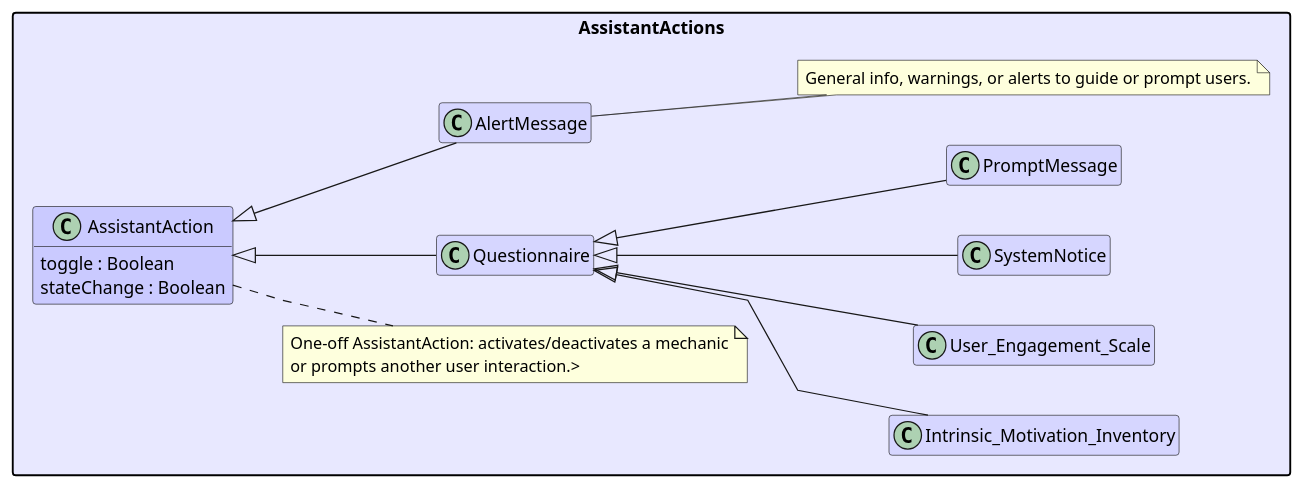
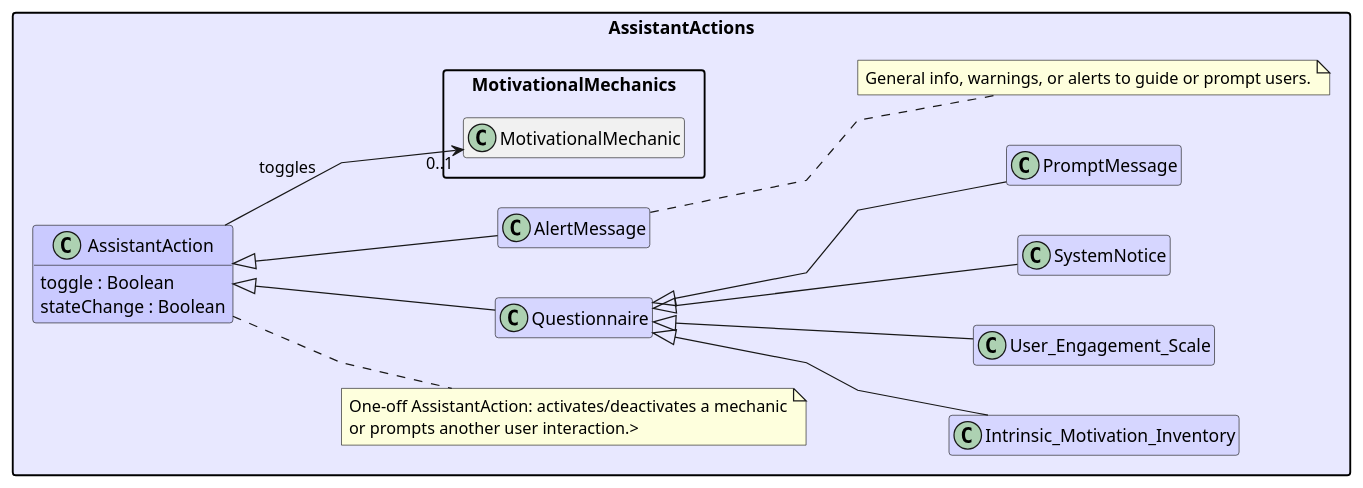
The diagram in UML/assistantActions.puml (Maks-stack/ontology), drawn with PlantUML before and after one commit. The commit also changed 7 other files, not shown here.

```diff
--- a/UML/assistantActions.puml
+++ b/UML/assistantActions.puml
@@ -1,37 +1,37 @@
 @startuml
 skinparam linetype polyline
 hide empty methods
 hide empty attributes
 hide empty members
 left to right direction
 skinparam nodesep 40
 skinparam ranksep 40
 skinparam packageStyle rectangle
 
 package AssistantActions #e8e8ff {
   class AssistantAction #cacaff {
     toggle : Boolean
     stateChange : Boolean
   }
   note right of AssistantAction
     One-off AssistantAction: activates/deactivates a mechanic
     or prompts another user interaction.>
   end note
 
   class Questionnaire #d6d6ff extends AssistantAction
   class AlertMessage #d6d6ff extends AssistantAction
   note right of AlertMessage
     General info, warnings, or alerts to guide or prompt users.
   end note
 
   class Intrinsic_Motivation_Inventory #d6d6ff extends Questionnaire
   class User_Engagement_Scale #d6d6ff extends Questionnaire
   class SystemNotice #d6d6ff extends Questionnaire
   class PromptMessage #d6d6ff extends Questionnaire
   ' !if ($renderMode == "master")
   
   ' !else
-  ' AssistantActions.AssistantAction --> "0..1" MotivationalMechanics.MotivationalMechanic : toggles
+  AssistantActions.AssistantAction --> "0..1" MotivationalMechanics.MotivationalMechanic : toggles
   ' !endif
 }
 @enduml
```
